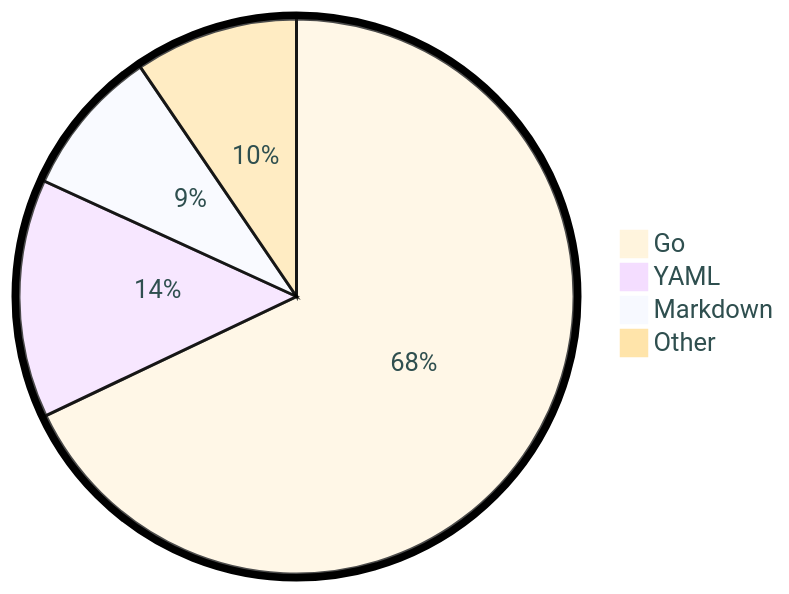
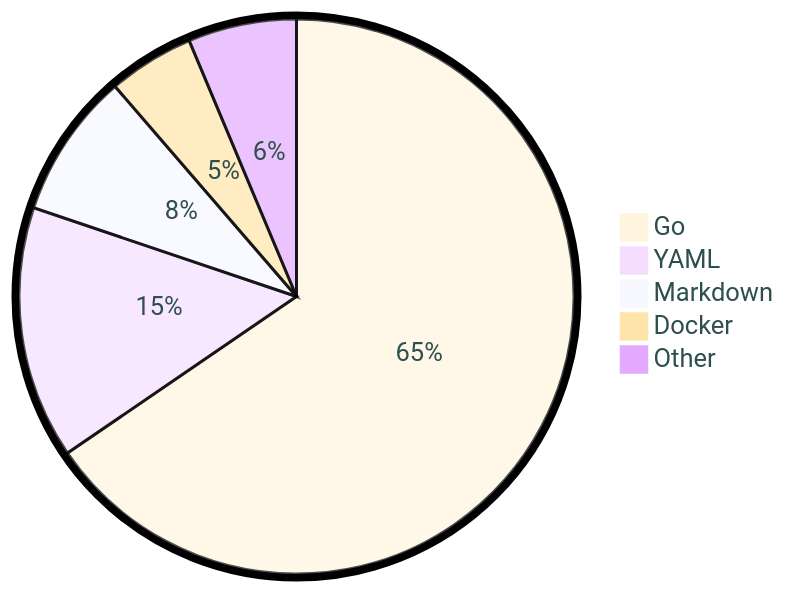
Before and after one commit to tot0p/tot0p: the diagram in README.md, drawn with Mermaid. The commit also changed other lines of this file, not shown here.

````diff
--- a/README.md
+++ b/README.md
@@ -80,8 +82,9 @@
 ```mermaid
 %%{init: {"pie": {"textPosition": 0.5}, "themeVariables": {"pieOuterStrokeWidth": "5px","primaryTextColor" : "#2F4F4F"},"theme":"base"} }%%
 pie
-	"Go": 67.94
-	"YAML": 13.9
-	"Markdown": 8.66
-	"Other": 9.51
+	"Go": 65.47
+	"YAML": 14.73
+	"Markdown": 8.48
+	"Docker": 5.02
+	"Other": 6.319999999999999
 ```
````
